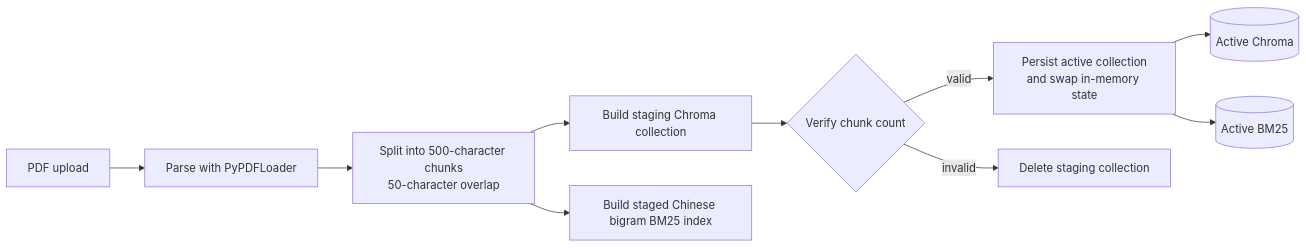
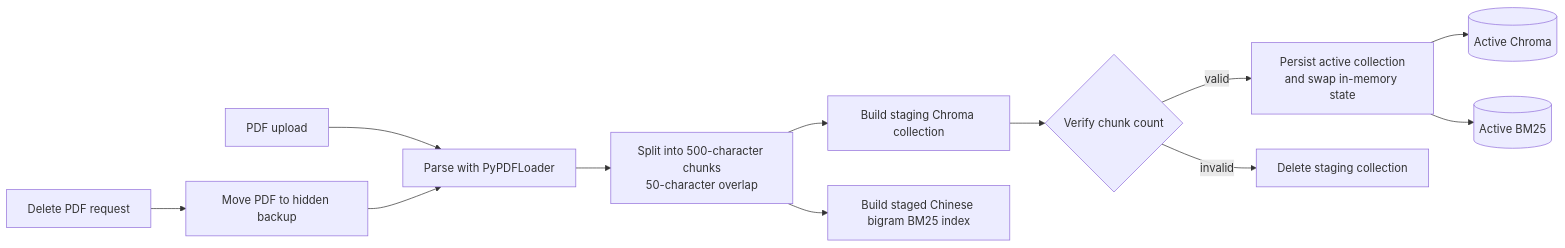
Before and after one commit to ky-river/rag-demo: the second of 5 diagrams in docs/architecture.md, drawn with Mermaid. The commit also changed other lines of this file and 6 other files, not shown here.

````diff
--- a/docs/architecture.md
+++ b/docs/architecture.md
@@ -23,12 +23,14 @@
 ```mermaid
 flowchart LR
     Upload[PDF upload] --> Parse[Parse with PyPDFLoader]
     Parse --> Split[Split into 500-character chunks<br/>50-character overlap]
     Split --> Staging[Build staging Chroma collection]
     Split --> Tokens[Build staged Chinese bigram BM25 index]
     Staging --> Verify{Verify chunk count}
-    Verify -->|valid| Switch[Persist active collection<br/>and swap in-memory state]
-    Verify -->|invalid| Cleanup[Delete staging collection]
-    Switch --> Chroma[(Active Chroma)]
-    Switch --> BM25[(Active BM25)]
+Verify -->|valid| Switch[Persist active collection<br/>and swap in-memory state]
+Verify -->|invalid| Cleanup[Delete staging collection]
+Switch --> Chroma[(Active Chroma)]
+Switch --> BM25[(Active BM25)]
+Delete[Delete PDF request] --> Backup[Move PDF to hidden backup]
+Backup --> Parse
 ```
````
